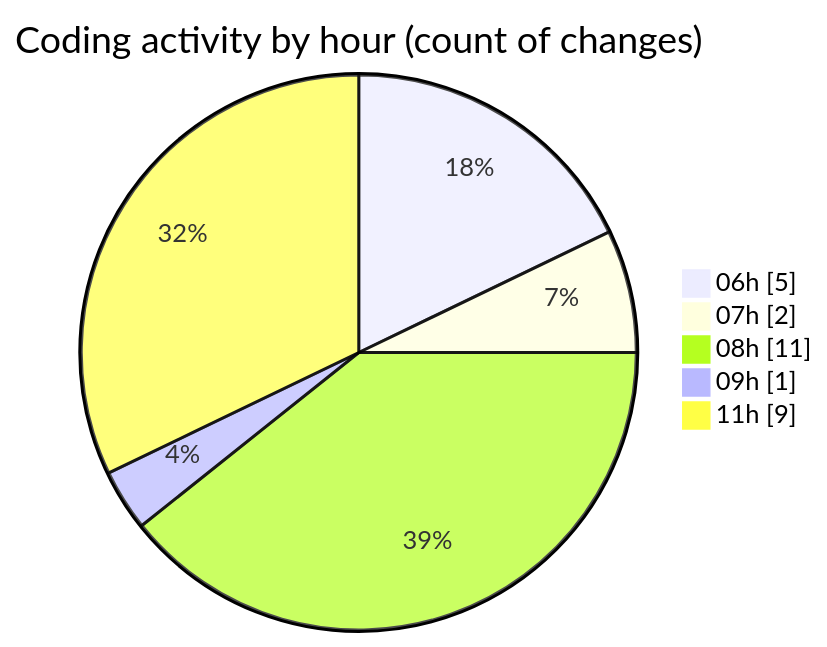
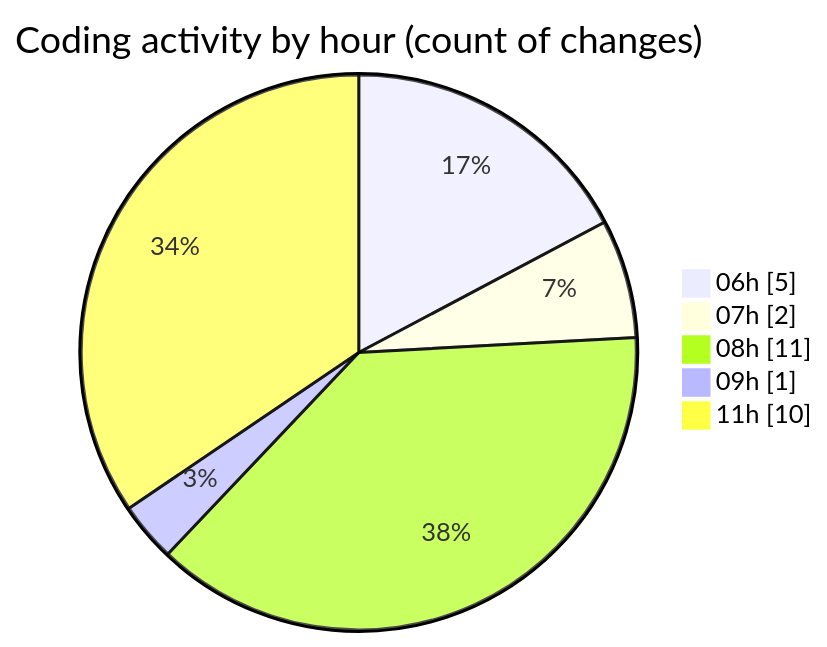
Before and after one commit to vahidmafi/code-tracking: the second of 2 diagrams in 2025-04-17/zeytoon/README.md, drawn with Mermaid. The commit also changed other lines of this file and 1 other file, not shown here.

````diff
--- a/2025-04-17/zeytoon/README.md
+++ b/2025-04-17/zeytoon/README.md
@@ -33,9 +33,9 @@
 ```mermaid
 pie showData
 title Coding activity by hour (count of changes)
 "06h" : 5
 "07h" : 2
 "08h" : 11
 "09h" : 1
-"11h" : 9
+"11h" : 10
 ```
````
